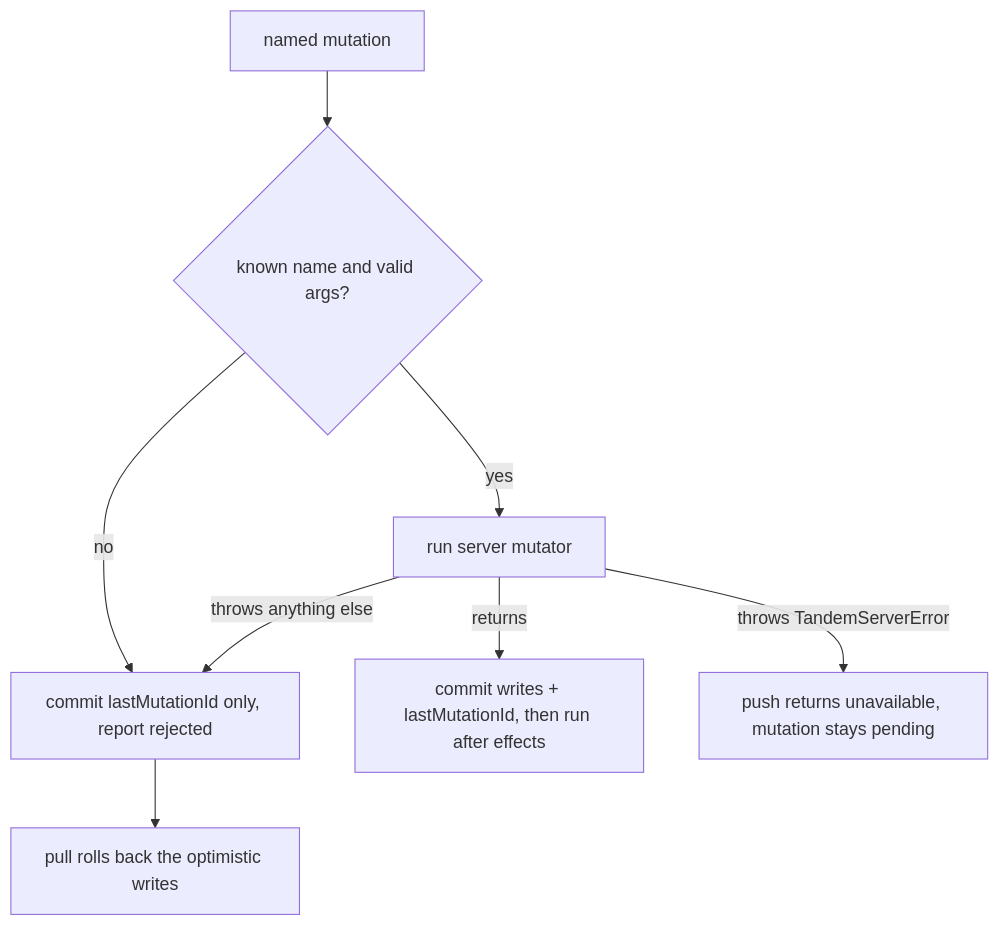
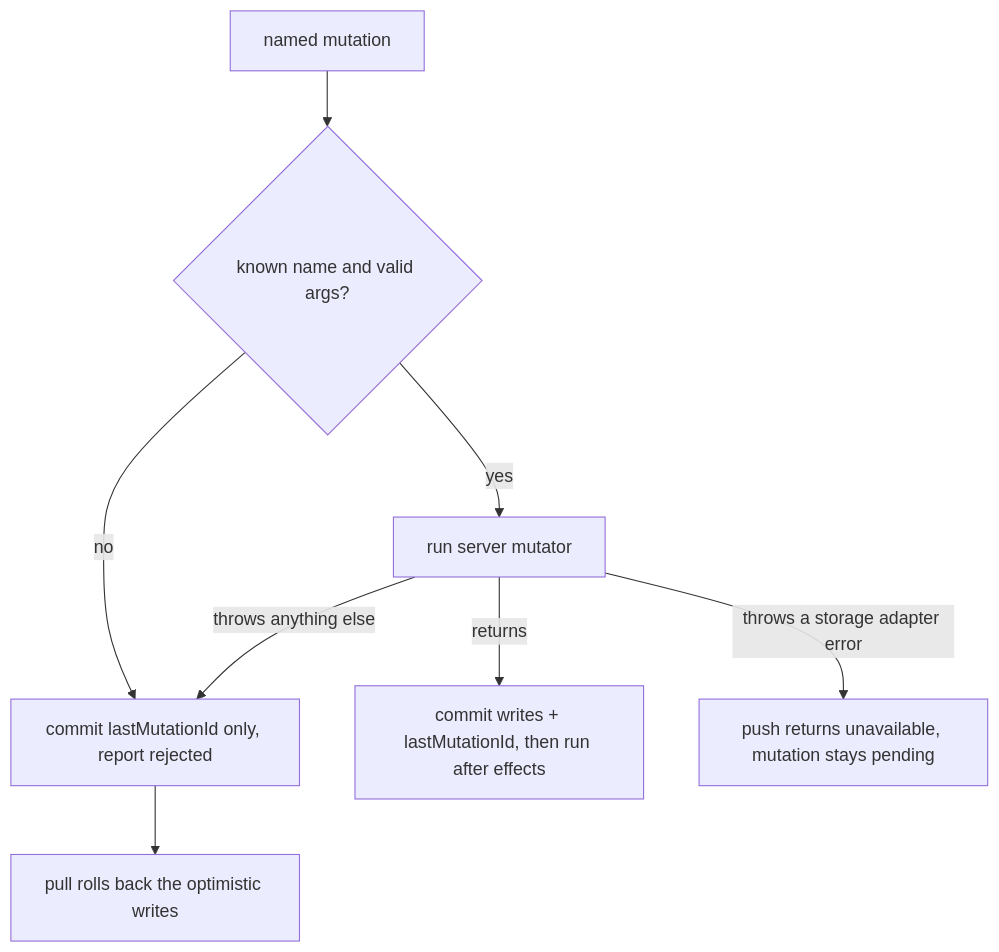
Before and after one commit to tanishqkancharla/tandem: the second of 2 diagrams in specs/custom-mutations.md, drawn with Mermaid. The commit also changed other lines of this file, not shown here.

````diff
--- a/specs/custom-mutations.md
+++ b/specs/custom-mutations.md
@@ -248,10 +265,10 @@
 ```mermaid
 flowchart TD
 	M[named mutation] --> K{known name and valid args?}
 	K -- no --> R[commit lastMutationId only, report rejected]
 	K -- yes --> X[run server mutator]
 	X -- returns --> C[commit writes + lastMutationId, then run after effects]
-	X -- throws TandemServerError --> U[push returns unavailable, mutation stays pending]
+	X -- throws a storage adapter error --> U[push returns unavailable, mutation stays pending]
 	X -- throws anything else --> R
 	R --> P[pull rolls back the optimistic writes]
 ```
````
